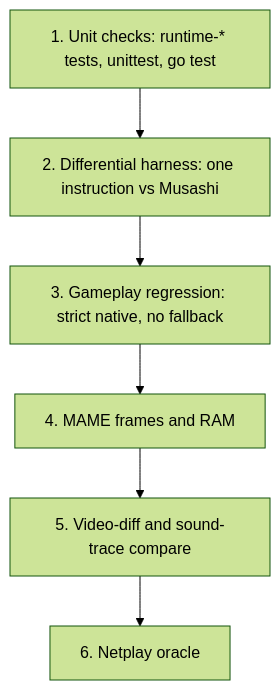
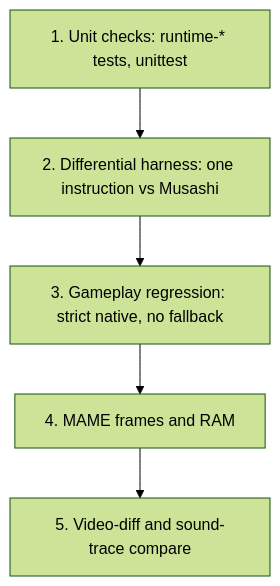
Before and after one commit to ansxor/f3-recomp: the second of 2 diagrams in docs/site/developer/testing/index.md, drawn with Mermaid (forest theme). The commit also changed other lines of this file and 319 other files, not shown here.

````diff
--- a/docs/site/developer/testing/index.md
+++ b/docs/site/developer/testing/index.md
@@ -195,10 +170,9 @@
 ```mermaid
 flowchart TB
-    A["1. Unit checks: runtime-* tests, unittest, go test"]
+    A["1. Unit checks: runtime-* tests, unittest"]
     B["2. Differential harness: one instruction vs Musashi"]
     C["3. Gameplay regression: strict native, no fallback"]
     D["4. MAME frames and RAM"]
     E["5. Video-diff and sound-trace compare"]
-    F["6. Netplay oracle"]
-    A --> B --> C --> D --> E --> F
+    A --> B --> C --> D --> E
 ```
````
